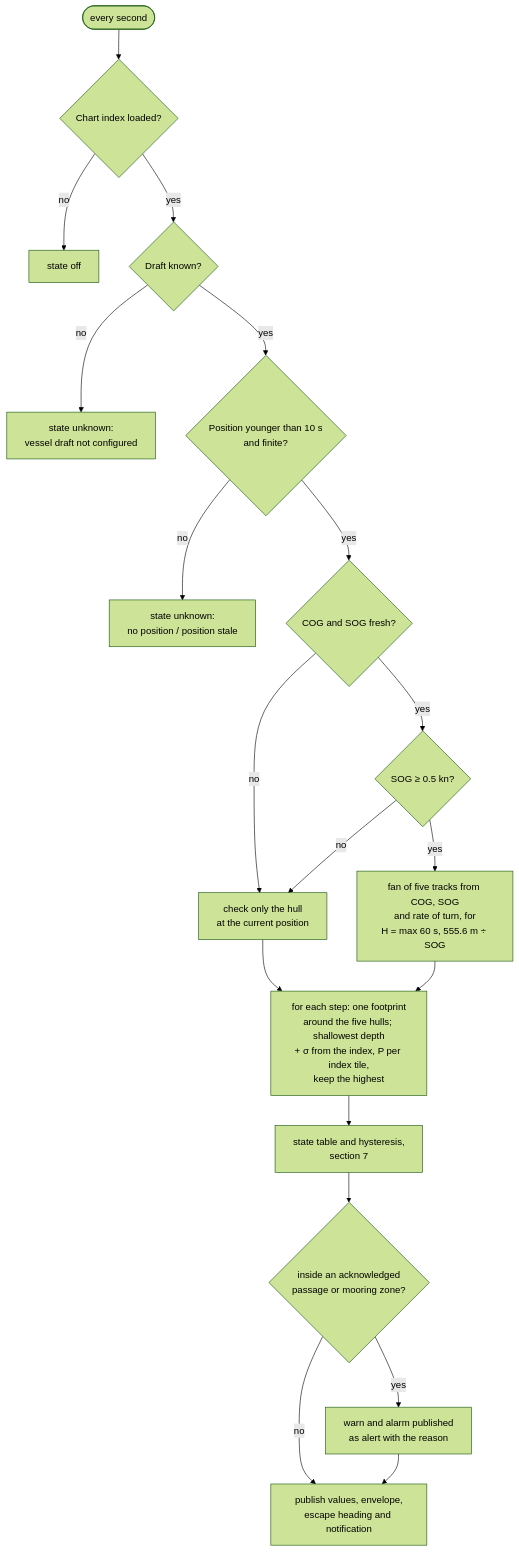
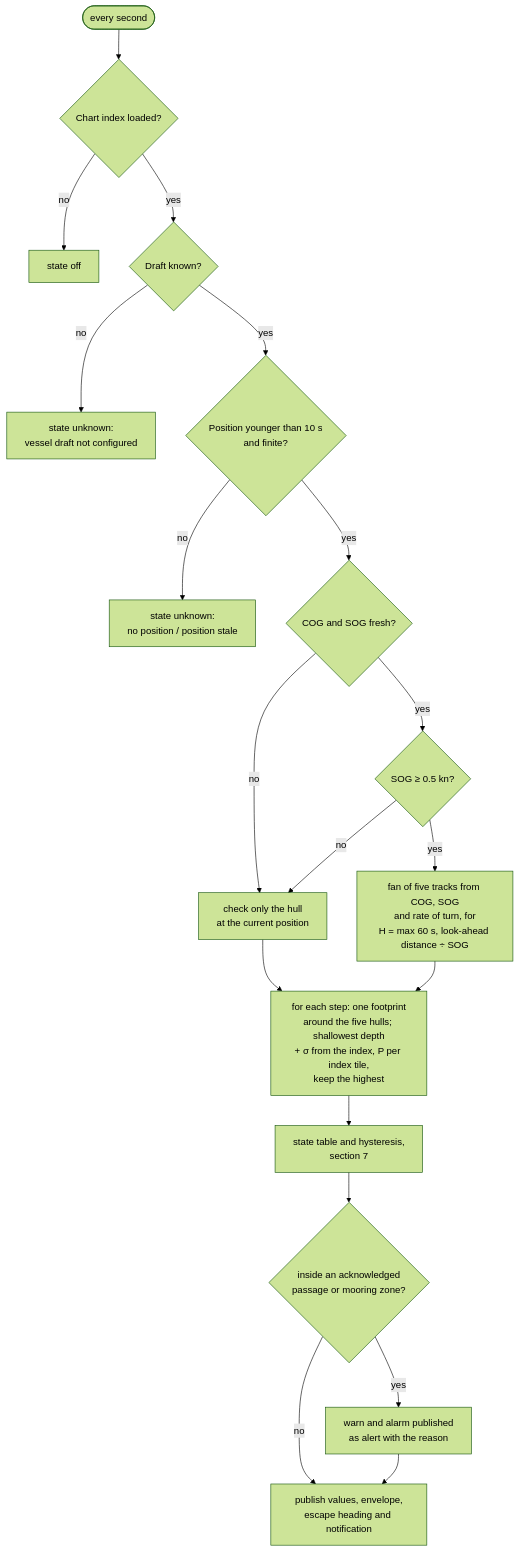
Before and after one commit to KEGustafsson/signalk-underkeel: the third of 6 diagrams in docs/HOW-IT-WORKS.md, drawn with Mermaid (forest theme). The commit also changed other lines of this file, not shown here.

First line of the commit message:
Say when the look-ahead reaches its distance

````diff
--- a/docs/HOW-IT-WORKS.md
+++ b/docs/HOW-IT-WORKS.md
@@ -271,20 +271,20 @@
 ```mermaid
 flowchart TD
   T([every second]) --> I{Chart index loaded?}
   I -- no --> OFF[state off]
   I -- yes --> D{Draft known?}
   D -- no --> UNK1[state unknown:<br/>vessel draft not configured]
   D -- yes --> P{Position younger than 10 s<br/>and finite?}
   P -- no --> UNK2[state unknown:<br/>no position / position stale]
   P -- yes --> M{COG and SOG fresh?}
   M -- no --> ONE[check only the hull<br/>at the current position]
   M -- yes --> S{SOG ≥ 0.5 kn?}
   S -- no --> ONE
-  S -- yes --> CONE[fan of five tracks from COG, SOG<br/>and rate of turn, for<br/>H = max 60 s, 555.6 m ÷ SOG]
+  S -- yes --> CONE[fan of five tracks from COG, SOG<br/>and rate of turn, for<br/>H = max 60 s, look-ahead distance ÷ SOG]
   ONE & CONE --> Q[for each step: one footprint<br/>around the five hulls; shallowest depth<br/>+ σ from the index, P per index tile,<br/>keep the highest]
   Q --> ST[state table and hysteresis,<br/>section 7]
   ST --> Z{inside an acknowledged<br/>passage or mooring zone?}
   Z -- yes --> AL[warn and alarm published<br/>as alert with the reason]
   Z -- no --> PUB[publish values, envelope,<br/>escape heading and notification]
   AL --> PUB
 ```
````
